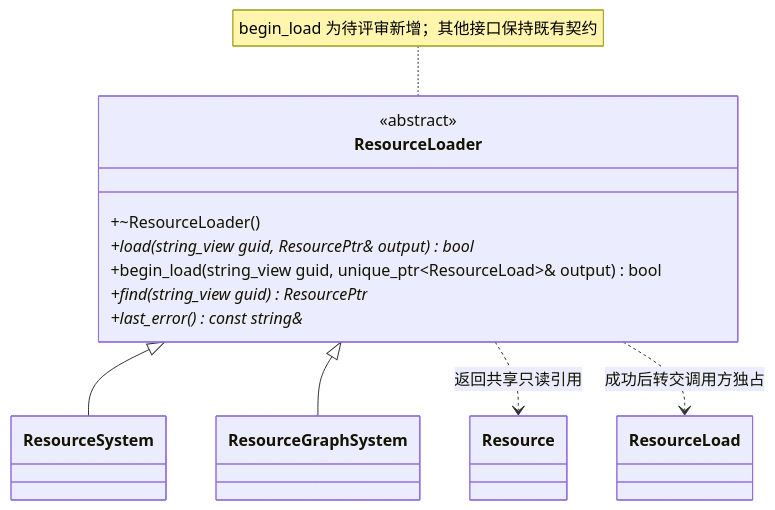
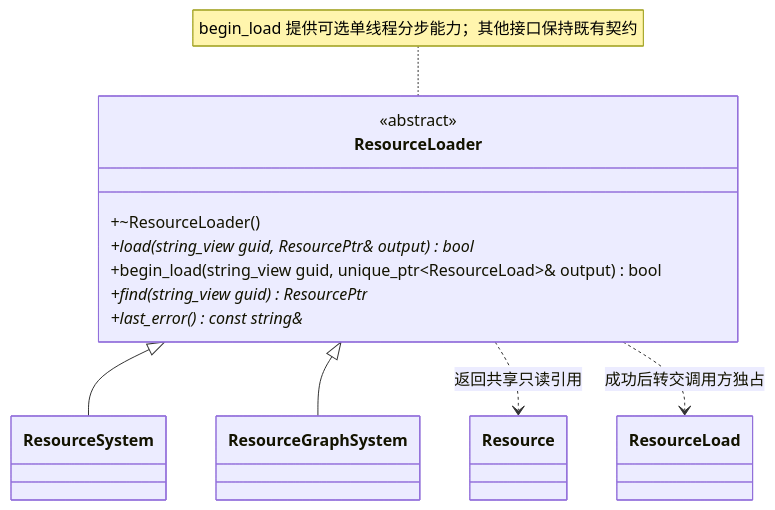
The first of 2 diagrams in docs/runtime/class-diagrams/resource-loader.md (lcals/Engine), drawn with Mermaid before and after one commit. The commit also changed other lines of this file and 59 other files, not shown here.

````diff
--- a/docs/runtime/class-diagrams/resource-loader.md
+++ b/docs/runtime/class-diagrams/resource-loader.md
@@ -5,20 +5,20 @@
 ```mermaid
 classDiagram
     class ResourceLoader {
         <<abstract>>
         +~ResourceLoader()
         +load(string_view guid, ResourcePtr& output) bool*
         +begin_load(string_view guid, unique_ptr~ResourceLoad~& output) bool
         +find(string_view guid) ResourcePtr*
         +last_error() const string&*
     }
     class ResourceSystem
     class ResourceGraphSystem
     class Resource
     class ResourceLoad
     ResourceLoader <|-- ResourceSystem
     ResourceLoader <|-- ResourceGraphSystem
     ResourceLoader ..> Resource : 返回共享只读引用
     ResourceLoader ..> ResourceLoad : 成功后转交调用方独占
-    note for ResourceLoader "begin_load 为待评审新增；其他接口保持既有契约"
+    note for ResourceLoader "begin_load 提供可选单线程分步能力；其他接口保持既有契约"
 ```
````
